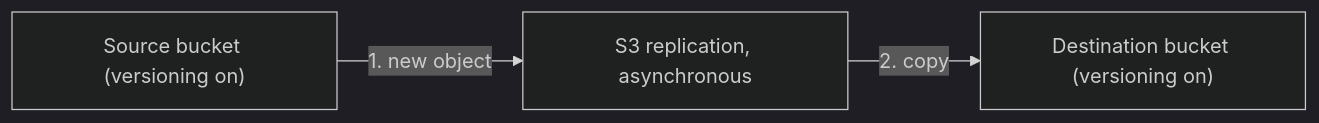
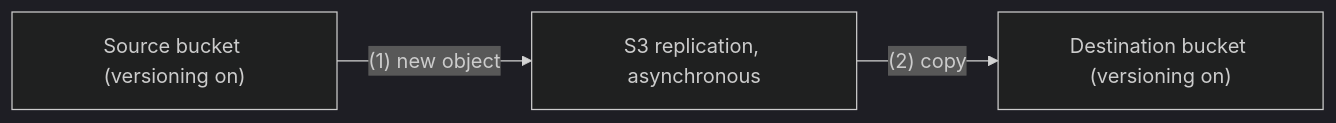
One commit to firmanains/Belajar changed the fourth of 5 diagrams in AWS/SAA/s3/s3-fundamentals.md. Above: the diagram before and after it, drawn with Mermaid (dark theme). The commit also changed other lines of this file and 14 other files, not shown here.

First line of the commit message:
Fix Mermaid labels that rendered as "Unsupported markdown"

````diff
--- a/AWS/SAA/s3/s3-fundamentals.md
+++ b/AWS/SAA/s3/s3-fundamentals.md
@@ -130,5 +130,5 @@
 ```mermaid
 flowchart LR
-  src["Source bucket (versioning on)"] -->|"1. new object"| s3["S3 replication, asynchronous"]
-  s3 -->|"2. copy"| dst["Destination bucket (versioning on)"]
+  src["Source bucket (versioning on)"] -->|"(1) new object"| s3["S3 replication, asynchronous"]
+  s3 -->|"(2) copy"| dst["Destination bucket (versioning on)"]
 ```
````
